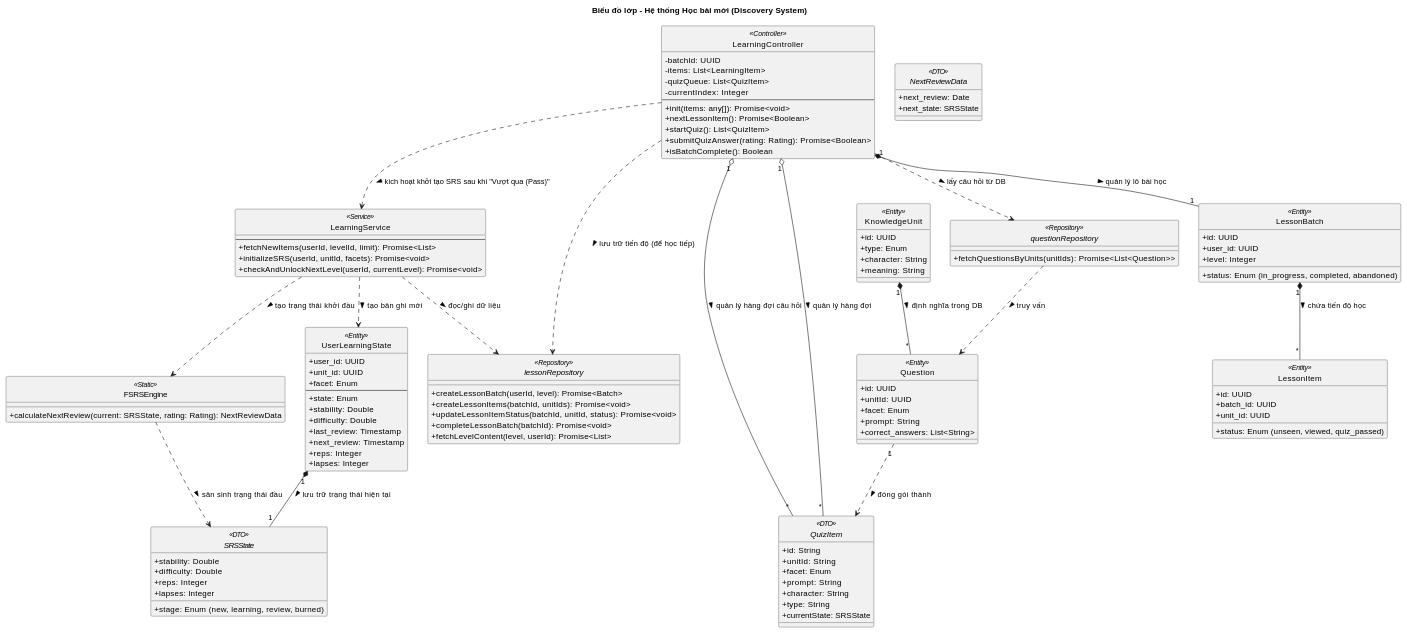
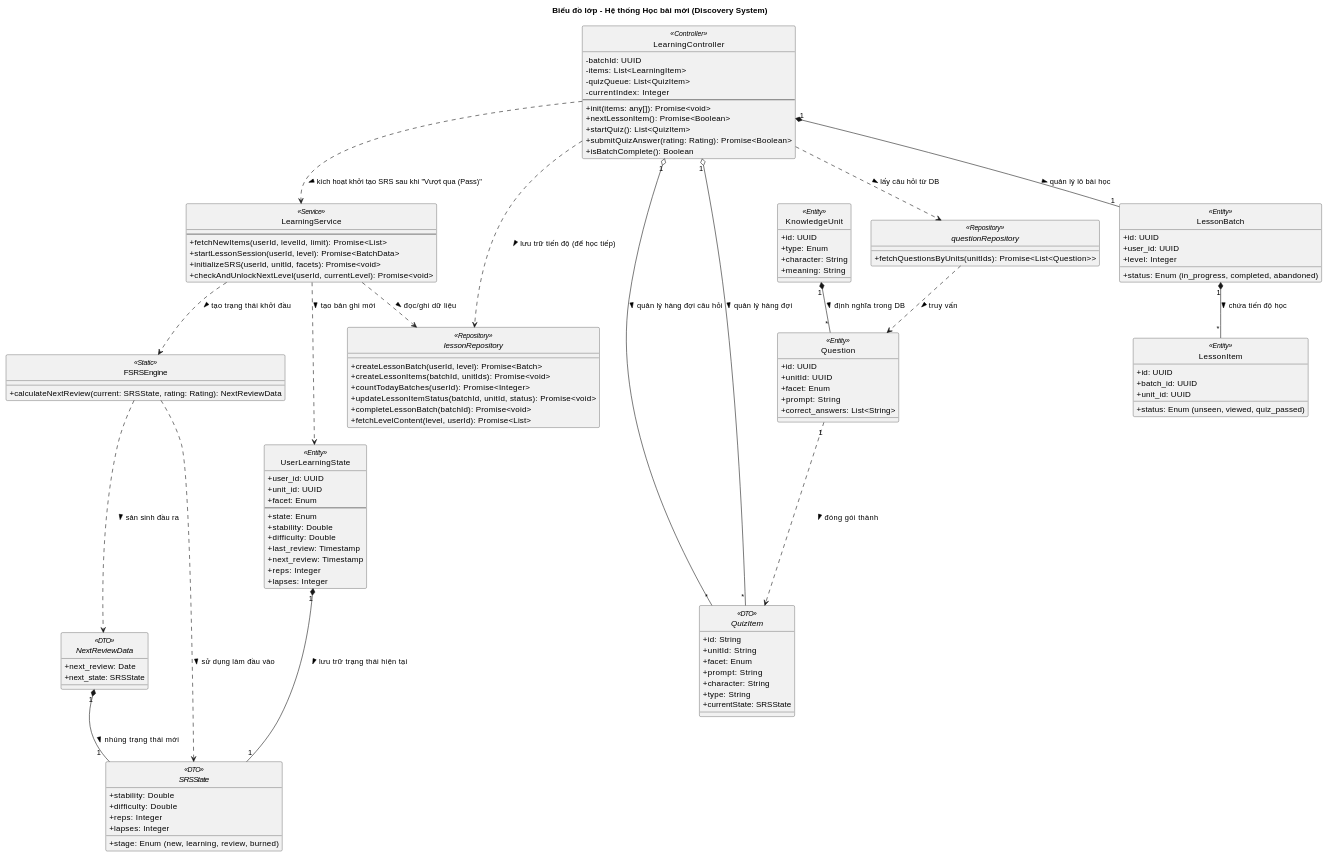
The diagram in docs/uncertain/class-diagram/learning.md (anhtranguyen-github/Hanachan), drawn with PlantUML before and after one commit. The commit also changed other lines of this file and 20 other files, not shown here.

```diff
--- a/docs/uncertain/class-diagram/learning.md
+++ b/docs/uncertain/class-diagram/learning.md
@@ -26,6 +26,7 @@
 class LearningService <<Service>> {
   --
   + fetchNewItems(userId, levelId, limit): Promise<List>
+  + startLessonSession(userId, level): Promise<BatchData>
   + initializeSRS(userId, unitId, facets): Promise<void>
   + checkAndUnlockNextLevel(userId, currentLevel): Promise<void>
 }
@@ -107,6 +108,7 @@
 interface lessonRepository <<Repository>> {
   + createLessonBatch(userId, level): Promise<Batch>
   + createLessonItems(batchId, unitIds): Promise<void>
+  + countTodayBatches(userId): Promise<Integer>
   + updateLessonItemStatus(batchId, unitId, status): Promise<void>
   + completeLessonBatch(batchId): Promise<void>
   + fetchLevelContent(level, userId): Promise<List>
@@ -133,8 +135,10 @@
 LearningService ..> lessonRepository : đọc/ghi dữ liệu >
 
 ' Ràng buộc Logic SRS
-FSRSEngine ..> SRSState : sản sinh trạng thái đầu >
+FSRSEngine ..> SRSState : sử dụng làm đầu vào >
+FSRSEngine ..> NextReviewData : sản sinh đầu ra >
 UserLearningState "1" *-- "1" SRSState : lưu trữ trạng thái hiện tại >
+NextReviewData "1" *-- "1" SRSState : nhúng trạng thái mới >
 
 ' Ràng buộc Nội dung
 KnowledgeUnit "1" *-- "*" Question : định nghĩa trong DB >
```
